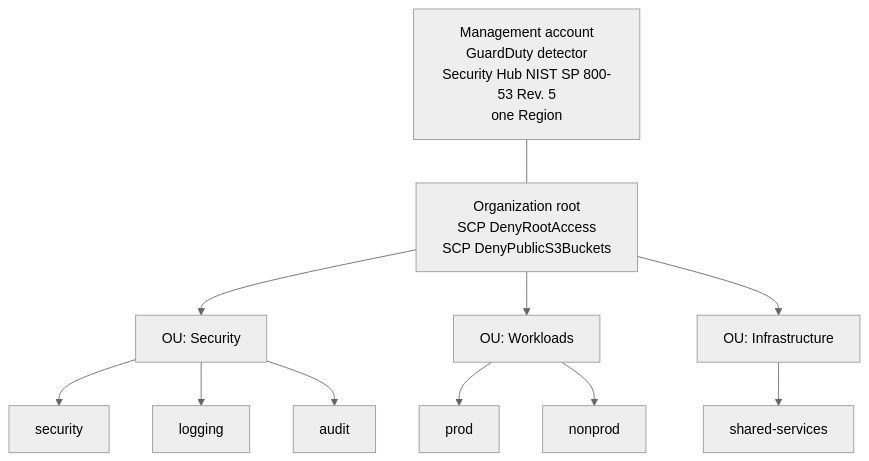
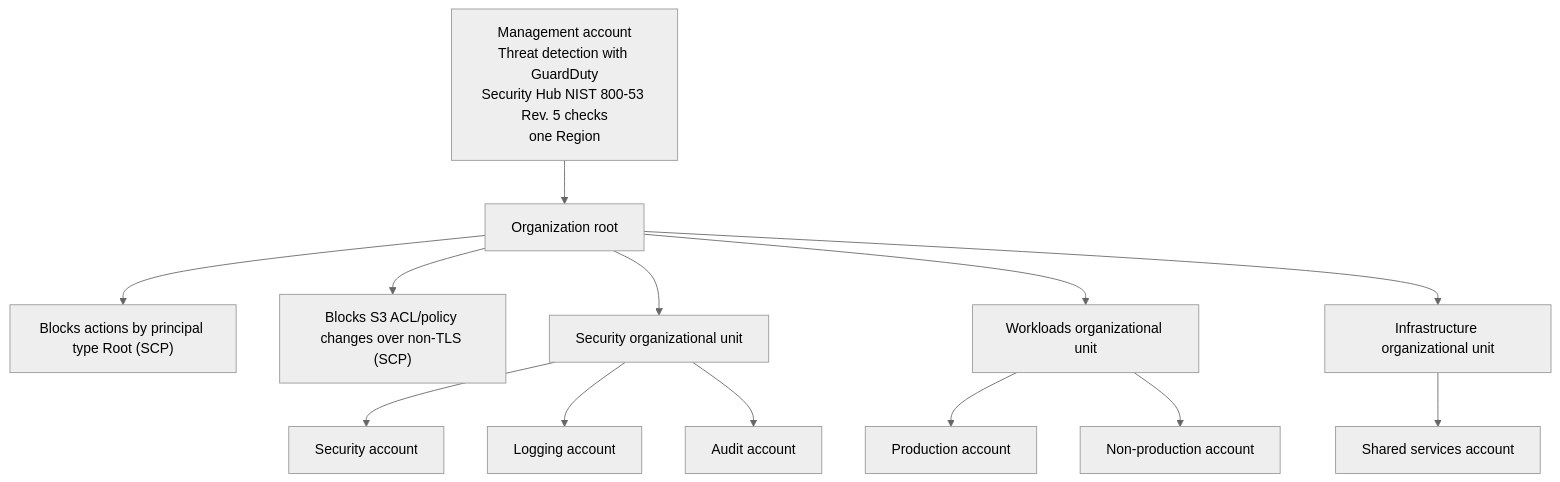
One commit to CloudVeteran/Multi-Account-AWS-Landing-Zone-with-Enterprise-Guardrails changed the diagram in README.md. Above: the diagram before and after it, drawn with Mermaid (neutral theme). The commit also changed other lines of this file and 3 other files, not shown here.

First line of the commit message:
Add a plain-English architecture diagram (#3)

````diff
--- a/README.md
+++ b/README.md
@@ -129,19 +135,29 @@
 ```mermaid
 flowchart TD
-  Mgmt["Management account<br/>GuardDuty detector<br/>Security Hub NIST SP 800-53 Rev. 5<br/>one Region"]
-  Root["Organization root<br/>SCP DenyRootAccess<br/>SCP DenyPublicS3Buckets"]
-  SecOU["OU: Security"]
-  WorkOU["OU: Workloads"]
-  InfraOU["OU: Infrastructure"]
+  Mgmt["Management account<br/>Threat detection with GuardDuty<br/>Security Hub NIST 800-53 Rev. 5 checks<br/>one Region"]
+  Root["Organization root"]
+  ScpRoot["Blocks actions by principal type Root (SCP)"]
+  ScpS3["Blocks S3 ACL/policy changes over non-TLS (SCP)"]
+  SecOU["Security organizational unit"]
+  WorkOU["Workloads organizational unit"]
+  InfraOU["Infrastructure organizational unit"]
+  SecurityAcct["Security account"]
+  LoggingAcct["Logging account"]
+  AuditAcct["Audit account"]
+  ProdAcct["Production account"]
+  NonProdAcct["Non-production account"]
+  SharedAcct["Shared services account"]
 
-  Mgmt --- Root
+  Mgmt --> Root
+  Root --> ScpRoot
+  Root --> ScpS3
   Root --> SecOU
   Root --> WorkOU
   Root --> InfraOU
-  SecOU --> SecurityAcct["security"]
-  SecOU --> LoggingAcct["logging"]
-  SecOU --> AuditAcct["audit"]
-  WorkOU --> ProdAcct["prod"]
-  WorkOU --> NonProdAcct["nonprod"]
-  InfraOU --> SharedAcct["shared-services"]
+  SecOU --> SecurityAcct
+  SecOU --> LoggingAcct
+  SecOU --> AuditAcct
+  WorkOU --> ProdAcct
+  WorkOU --> NonProdAcct
+  InfraOU --> SharedAcct
 ```
````
